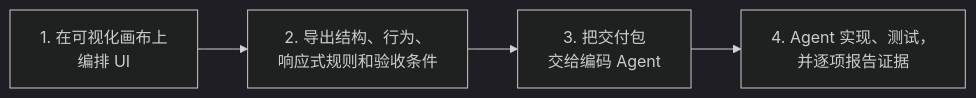
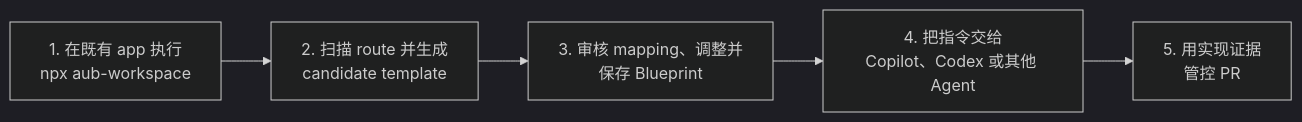
Before and after one commit to HenryLau1103/AUB: the diagram in README.zh-Hans.md, drawn with Mermaid (dark theme). The commit also changed other lines of this file and 31 other files, not shown here.

````diff
--- a/README.zh-Hans.md
+++ b/README.zh-Hans.md
@@ -26,6 +26,7 @@
 ```mermaid
 flowchart LR
-  A["1. 在可视化画布上<br/>编排 UI"] --> B["2. 导出结构、行为、<br/>响应式规则和验收条件"]
-  B --> C["3. 把交付包<br/>交给编码 Agent"]
-  C --> D["4. Agent 实现、测试，<br/>并逐项报告证据"]
+  A["1. 在既有 app 执行<br/>npx aub-workspace"] --> B["2. 扫描 route 并生成<br/>candidate template"]
+  B --> C["3. 审核 mapping、调整并<br/>保存 Blueprint"]
+  C --> D["4. 把指令交给<br/>Copilot、Codex 或其他 Agent"]
+  D --> E["5. 用实现证据<br/>管控 PR"]
 ```
````
